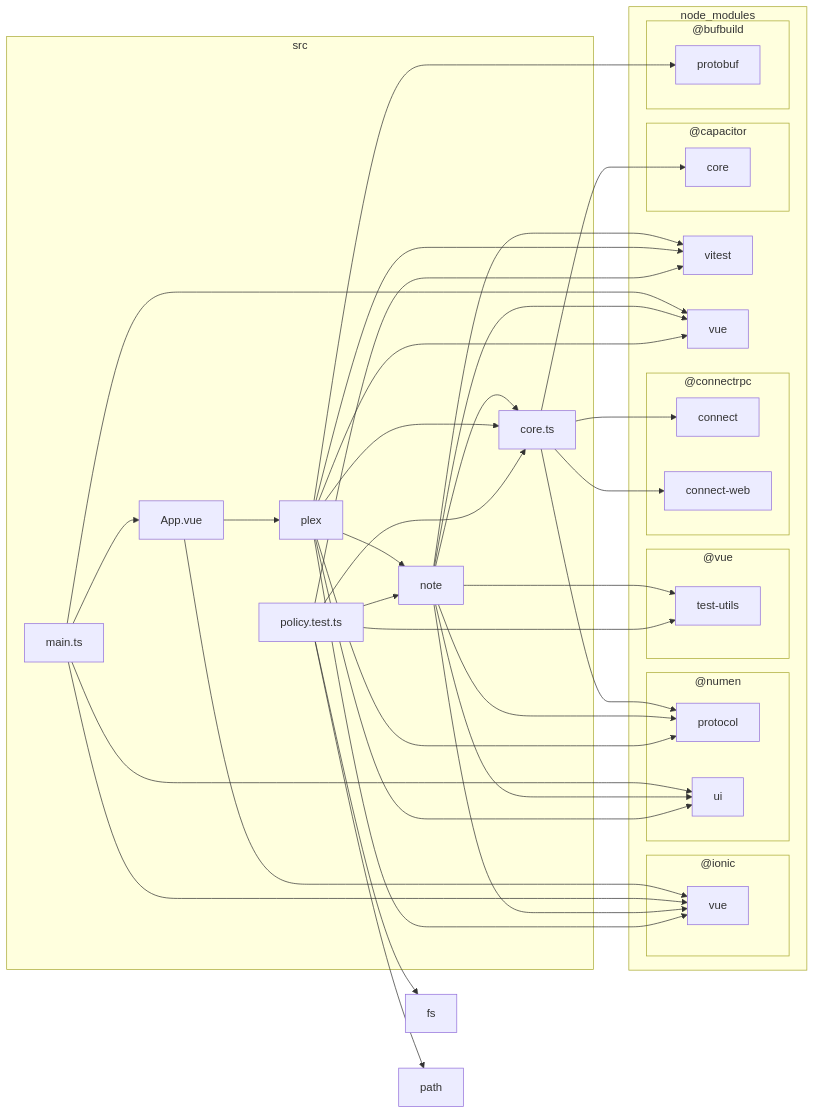
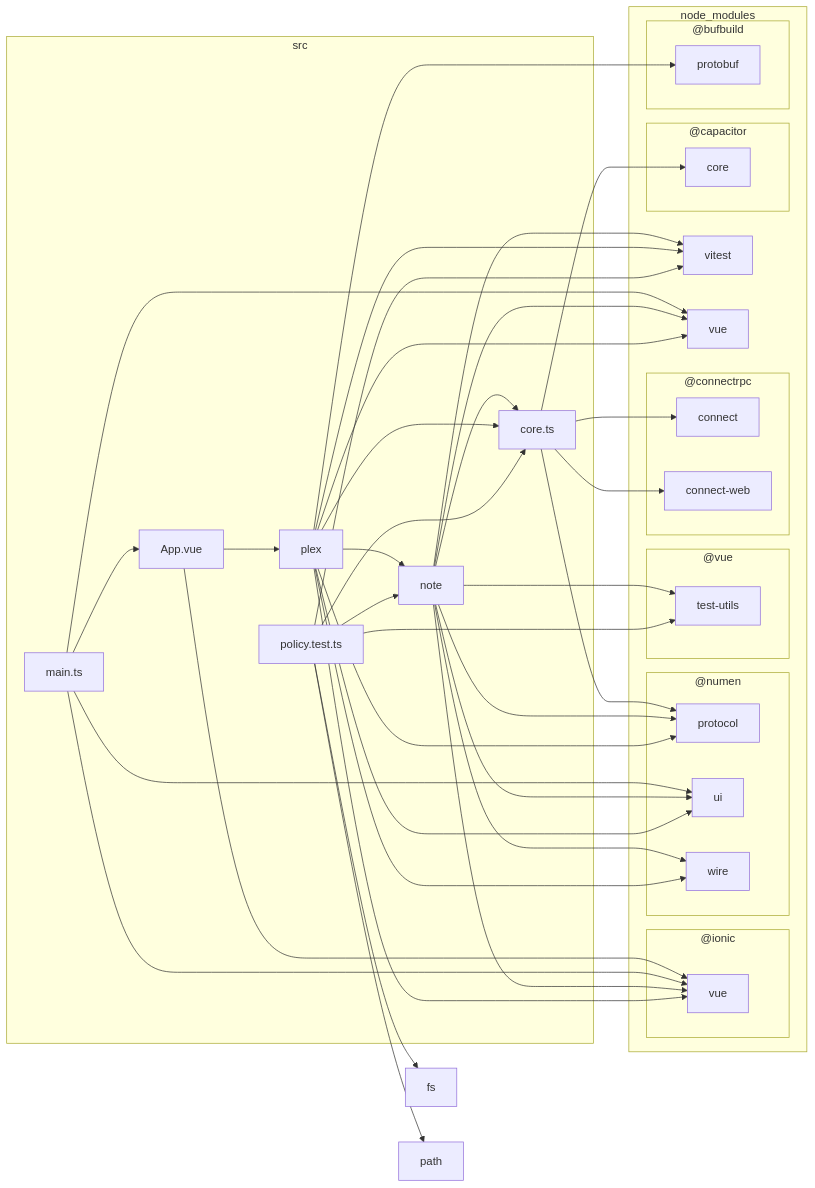
The fifth of 5 diagrams in docs/dependencies.md (jiva-studio/numen), drawn with Mermaid before and after one commit. The commit also changed other lines of this file, not shown here.

````diff
--- a/docs/dependencies.md
+++ b/docs/dependencies.md
@@ -903,69 +922,72 @@
 ```mermaid
 flowchart LR
 
 subgraph 2["node_modules"]
 subgraph 3["@bufbuild"]
 4["protobuf"]
 end
 subgraph 5["@capacitor"]
 6["core"]
 end
 subgraph 7["@connectrpc"]
 8["connect"]
 9["connect-web"]
 end
 subgraph A["@ionic"]
 B["vue"]
 end
 subgraph C["@numen"]
 D["protocol"]
 E["ui"]
+F["wire"]
 end
-subgraph F["@vue"]
-G["test-utils"]
+subgraph G["@vue"]
+H["test-utils"]
 end
-H["vitest"]
-I["vue"]
+I["vitest"]
+J["vue"]
 end
-J["fs"]
-K["path"]
-subgraph L["src"]
-M["App.vue"]
-N["core.ts"]
-O["main.ts"]
-P["note"]
-Q["plex"]
-R["policy.test.ts"]
+K["fs"]
+L["path"]
+subgraph M["src"]
+N["App.vue"]
+O["core.ts"]
+P["main.ts"]
+Q["note"]
+R["plex"]
+S["policy.test.ts"]
 end
-M-->B
-M-->Q
-N-->6
-N-->8
-N-->9
-N-->D
-O-->B
-O-->E
-O-->I
-O-->M
+N-->B
+N-->R
+O-->6
+O-->8
+O-->9
+O-->D
 P-->B
-P-->D
 P-->E
-P-->G
-P-->H
-P-->I
+P-->J
 P-->N
-Q-->4
 Q-->B
 Q-->D
 Q-->E
+Q-->F
 Q-->H
 Q-->I
-Q-->N
-Q-->P
-R-->G
-R-->H
+Q-->J
+Q-->O
+R-->4
+R-->B
+R-->D
+R-->E
+R-->F
+R-->I
 R-->J
-R-->K
-R-->N
-R-->P
+R-->O
+R-->Q
+S-->H
+S-->I
+S-->K
+S-->L
+S-->O
+S-->Q
 ```
````
